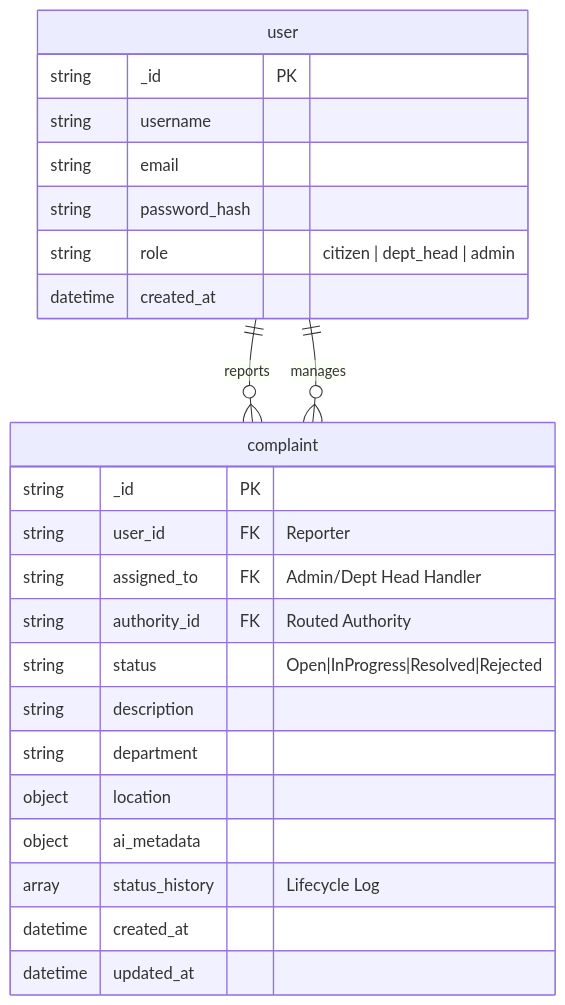
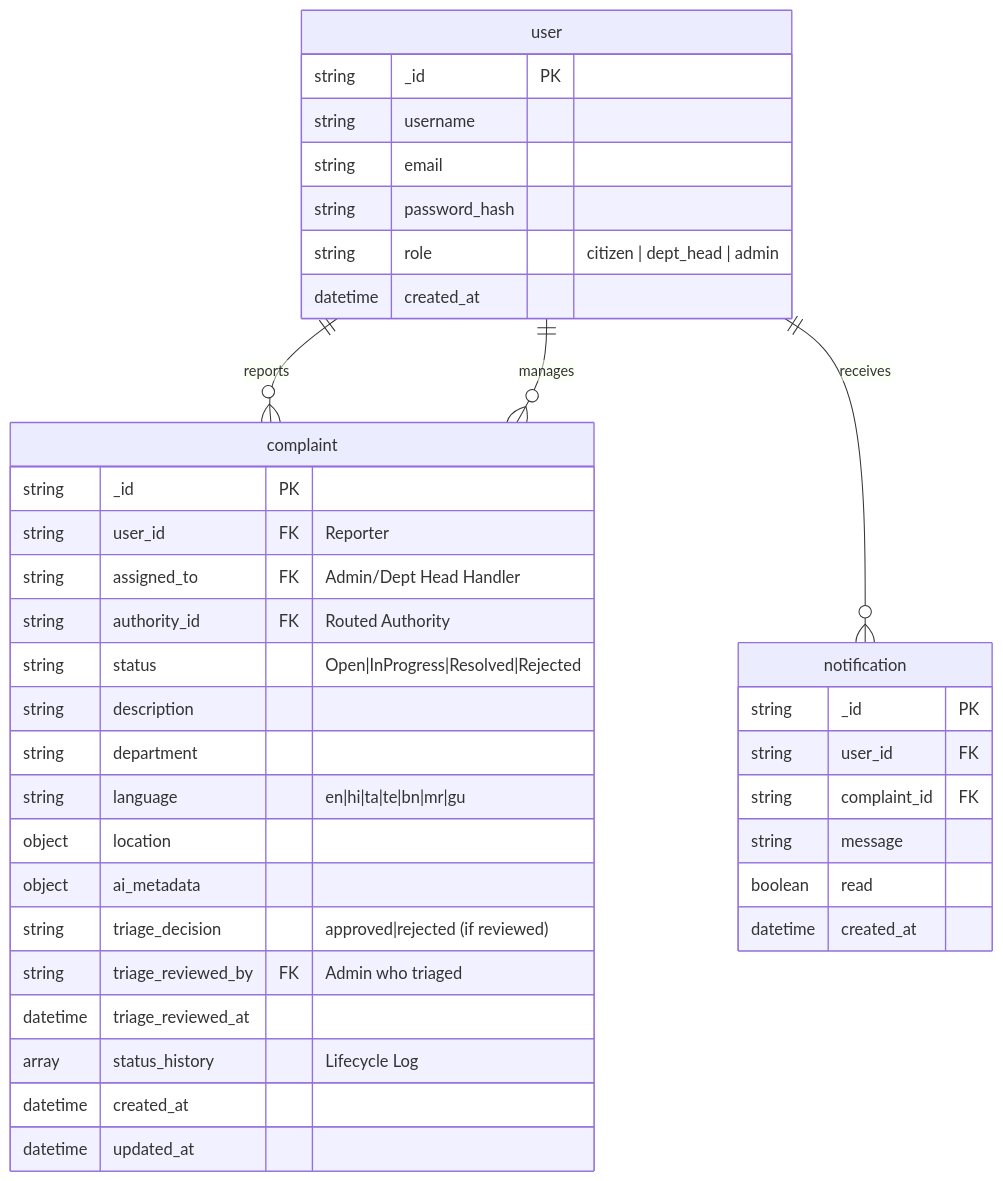
Before and after one commit to ark5234/Jan-Sunwai-AI: the diagram in docs/SCHEMA_DESIGN.md, drawn with Mermaid. The commit also changed other lines of this file and 2 other files, not shown here.

Commit message:
docs: update README, schema and architecture for map toggle, language pipeline, live triage, notifications, SLABadge

````diff
--- a/docs/SCHEMA_DESIGN.md
+++ b/docs/SCHEMA_DESIGN.md
@@ -7,27 +7,40 @@
 ```mermaid
 erDiagram
     user ||--o{ complaint : reports
+    user ||--o{ notification : receives
     user {
         string _id PK
         string username
         string email
         string password_hash
         string role "citizen | dept_head | admin"
         datetime created_at
     }
     complaint {
         string _id PK
         string user_id FK "Reporter"
         string assigned_to FK "Admin/Dept Head Handler"
         string authority_id FK "Routed Authority"
         string status "Open|InProgress|Resolved|Rejected"
         string description
         string department
+        string language "en|hi|ta|te|bn|mr|gu"
         object location
         object ai_metadata
+        string triage_decision "approved|rejected (if reviewed)"
+        string triage_reviewed_by FK "Admin who triaged"
+        datetime triage_reviewed_at
         array status_history "Lifecycle Log"
         datetime created_at
         datetime updated_at
     }
+    notification {
+        string _id PK
+        string user_id FK
+        string complaint_id FK
+        string message
+        boolean read
+        datetime created_at
+    }
     user ||--o{ complaint : manages
 ```
````
